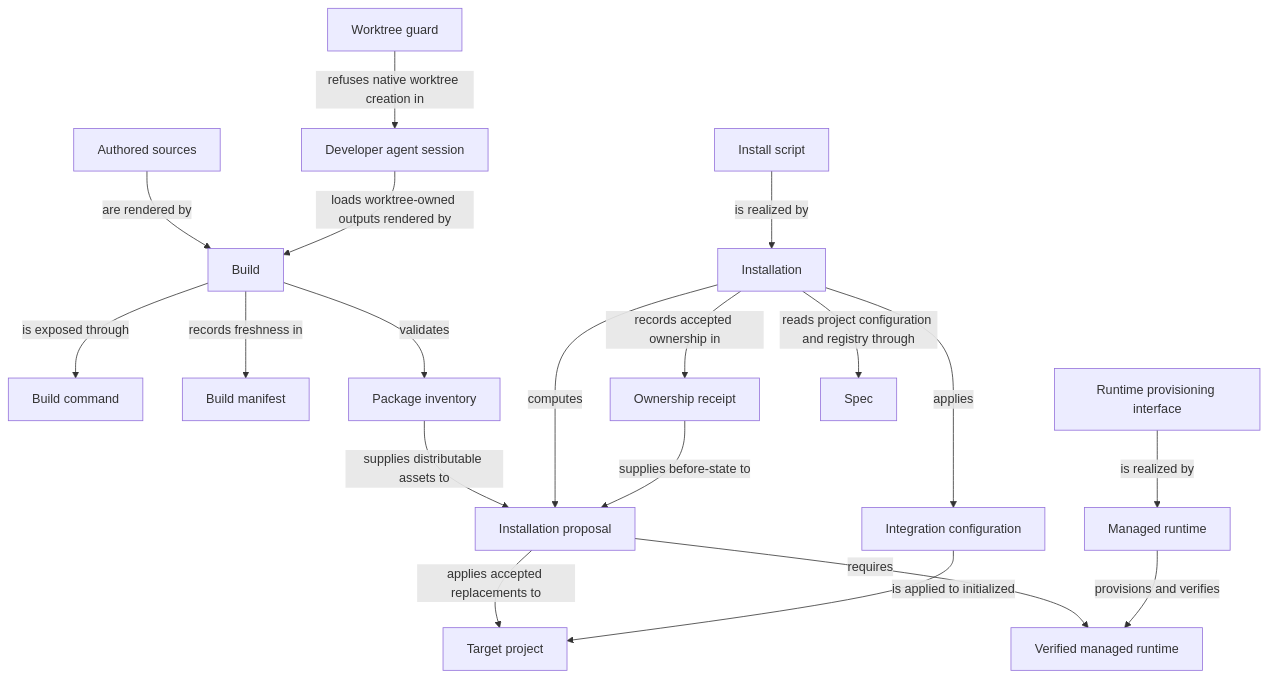
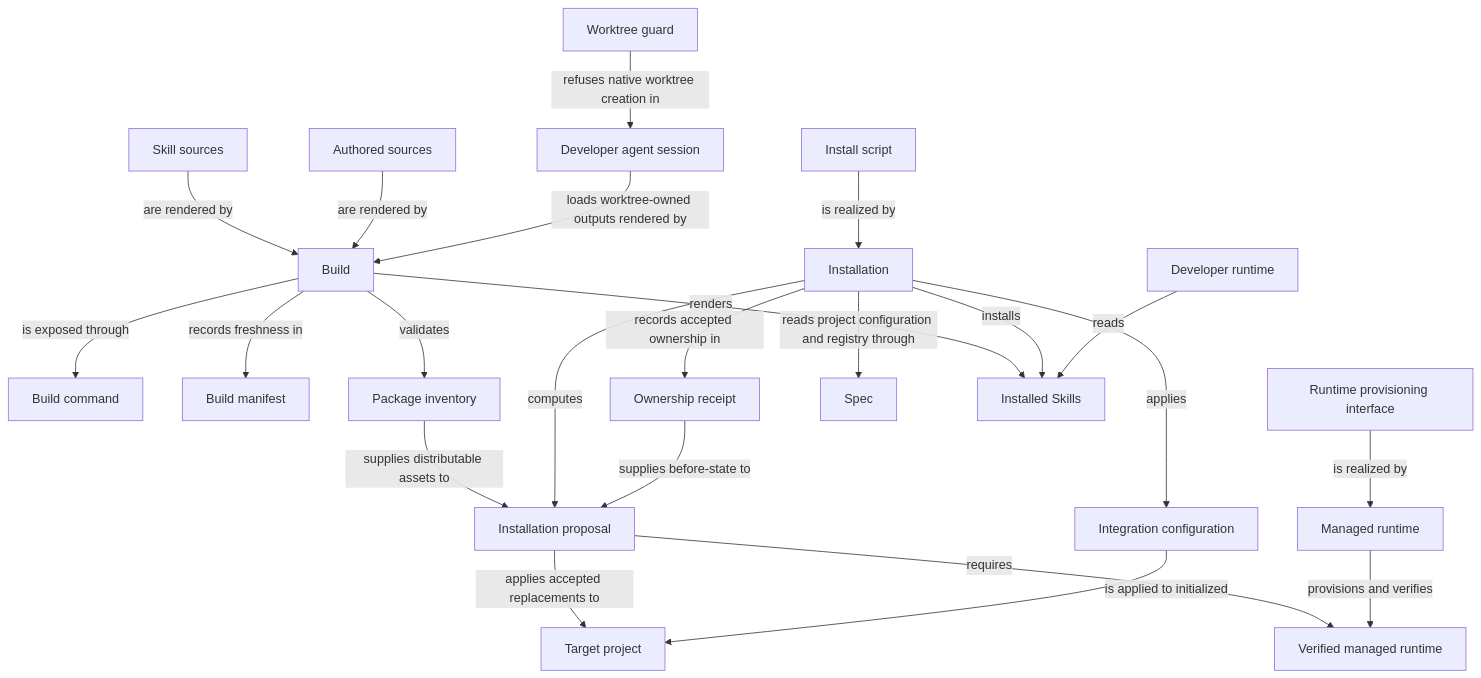
The diagram in specs/concorde/distribution/module.md (FTOD/concorde), drawn with Mermaid before and after one commit. The commit also changed other lines of this file and 27 other files, not shown here.

Commit message:
refactor: unify capability terminology and move Skill ownership to Distribution

````diff
--- a/specs/concorde/distribution/module.md
+++ b/specs/concorde/distribution/module.md
@@ -260,40 +290,47 @@
 ```mermaid
 flowchart TB
     accTitle: Distribution entities and relationships
-    accDescr: Authored sources are rendered by Build, which is exposed through the Build command, records freshness in the Build manifest and validates the Package inventory. The Install script is realized by Installation, which computes an Installation proposal from the Package inventory and the Ownership receipt, applies accepted replacements to the Target project, requires a Verified managed runtime, records new ownership in the receipt, and applies Integration configuration to the Target project. Installation reads the project configuration and registry through Spec. The Runtime provisioning interface is realized by Managed runtime, which provisions and verifies the Verified managed runtime that Distribution supplies. In the source checkout, the Worktree guard refuses native worktree creation in the Developer agent session that loads Build's worktree-owned outputs.
+    accDescr: Build renders Authored sources and Skill sources, records freshness in the Build manifest and validates the Package inventory. Installation installs rendered Skills for the external Developer runtime, applies receipt-owned proposals to the Target project and reads configuration through Spec. Managed runtime provisions the Verified managed runtime. In this source checkout the Worktree guard constrains the Developer agent session.
     authored["Authored sources"]
     build["Build"]
     buildCmd["Build command"]
     manifest["Build manifest"]
     inventory["Package inventory"]
     installScript["Install script"]
     installation["Installation"]
     proposal["Installation proposal"]
     receipt["Ownership receipt"]
     target["Target project"]
     config["Integration configuration"]
     runtimeIface["Runtime provisioning interface"]
     managedRuntime["Managed runtime"]
     verifiedRuntime["Verified managed runtime"]
     guard["Worktree guard"]
     session["Developer agent session"]
     spec["Spec"]
+    skillSources["Skill sources"]
+    installedSkills["Installed Skills"]
+    developerRuntime["Developer runtime"]
+    skillSources -->|are rendered by| build
+    build -->|renders| installedSkills
+    installation -->|installs| installedSkills
+    developerRuntime -->|reads| installedSkills
     authored -->|are rendered by| build
     build -->|is exposed through| buildCmd
     build -->|records freshness in| manifest
     build -->|validates| inventory
     inventory -->|supplies distributable assets to| proposal
     installScript -->|is realized by| installation
     installation -->|computes| proposal
     receipt -->|supplies before-state to| proposal
     proposal -->|applies accepted replacements to| target
     proposal -->|requires| verifiedRuntime
     installation -->|records accepted ownership in| receipt
     installation -->|applies| config
     config -->|is applied to initialized| target
     runtimeIface -->|is realized by| managedRuntime
     managedRuntime -->|provisions and verifies| verifiedRuntime
     installation -->|reads project configuration and registry through| spec
     session -->|loads worktree-owned outputs rendered by| build
     guard -->|refuses native worktree creation in| session
 ```
````
